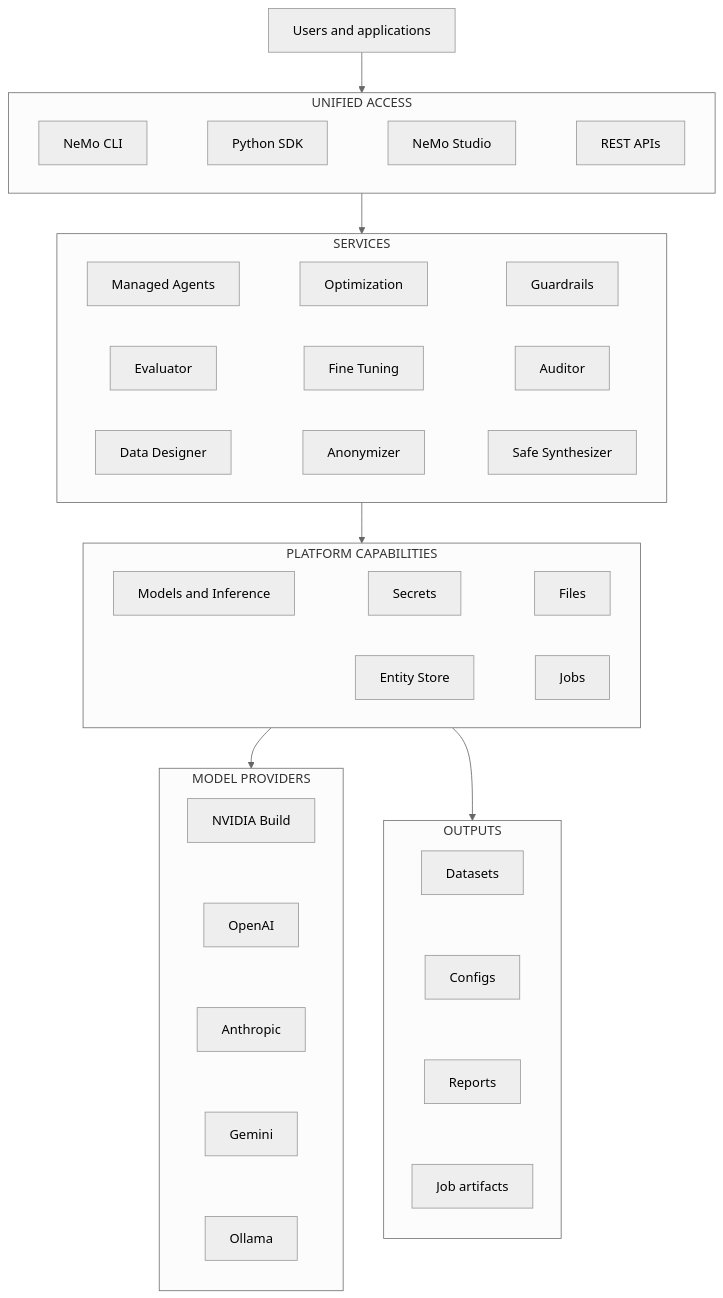
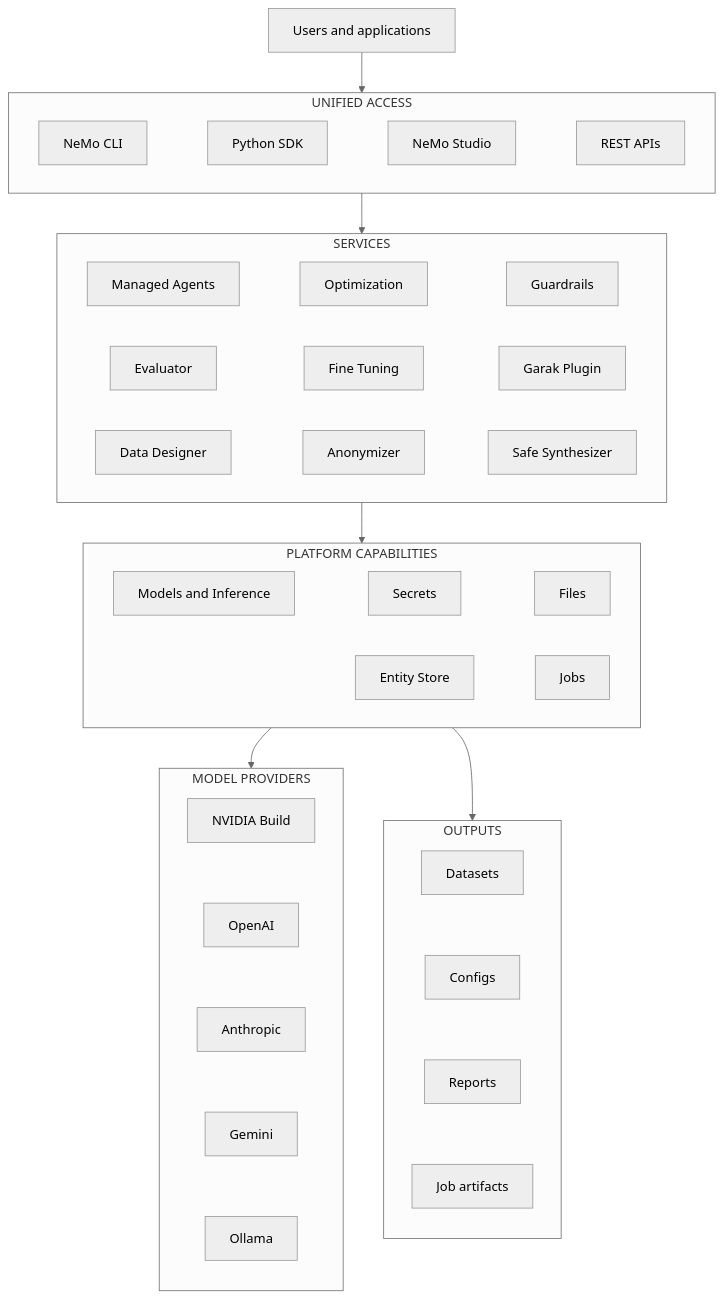
The diagram in docs/index.mdx (NVIDIA-NeMo/nemo-helix), drawn with Mermaid (neutral theme) before and after one commit. The commit also changed other lines of this file and 300 other files, not shown here.

Commit message:
chore(auditor): rename to garak-plugin

````diff
--- a/docs/index.mdx
+++ b/docs/index.mdx
@@ -37,65 +37,65 @@
 ```mermaid
 flowchart TB
     Users["Users and applications"]
 
     subgraph AccessTier["UNIFIED ACCESS"]
         direction LR
         CLI["NeMo CLI"]
         SDK["Python SDK"]
         Studio["NeMo Studio"]
         REST["REST APIs"]
         CLI ~~~ SDK ~~~ Studio ~~~ REST
     end
 
     subgraph CapabilityTier["SERVICES"]
         direction LR
         Agents["Managed Agents"]
         Optimization["Optimization"]
         Guardrails["Guardrails"]
         Evaluator["Evaluator"]
         FineTuning["Fine Tuning"]
-        Auditor["Auditor"]
+        GarakPlugin["Garak Plugin"]
         DataDesigner["Data Designer"]
         Anonymizer["Anonymizer"]
         SafeSynthesizer["Safe Synthesizer"]
         Agents ~~~ Optimization ~~~ Guardrails
-        Evaluator ~~~ FineTuning ~~~ Auditor
+        Evaluator ~~~ FineTuning ~~~ GarakPlugin
         DataDesigner ~~~ Anonymizer ~~~ SafeSynthesizer
     end
 
     subgraph SharedTier["PLATFORM CAPABILITIES"]
         direction LR
         IGW["Models and Inference"]
         Secrets["Secrets"]
         Files["Files"]
         Entities["Entity Store"]
         Jobs["Jobs"]
         IGW ~~~ Secrets ~~~ Files
         Entities ~~~ Jobs
     end
 
     subgraph ProviderTier["MODEL PROVIDERS"]
         direction TB
         NVIDIABuild["NVIDIA Build"]
         OpenAI["OpenAI"]
         Anthropic["Anthropic"]
         Gemini["Gemini"]
         Ollama["Ollama"]
         NVIDIABuild ~~~ OpenAI ~~~ Anthropic ~~~ Gemini ~~~ Ollama
     end
 
     subgraph OutputTier["OUTPUTS"]
         direction TB
         Datasets["Datasets"]
         Configs["Configs"]
         Reports["Reports"]
         JobArtifacts["Job artifacts"]
         Datasets ~~~ Configs ~~~ Reports ~~~ JobArtifacts
     end
 
     Users --> AccessTier
     AccessTier --> CapabilityTier
     CapabilityTier --> SharedTier
     SharedTier --> ProviderTier
     SharedTier --> OutputTier
 ```
````
